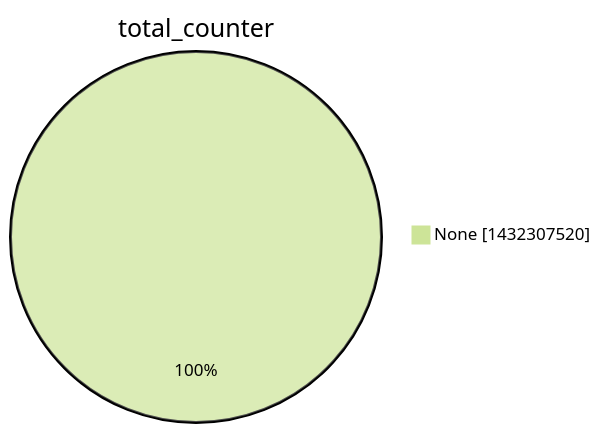
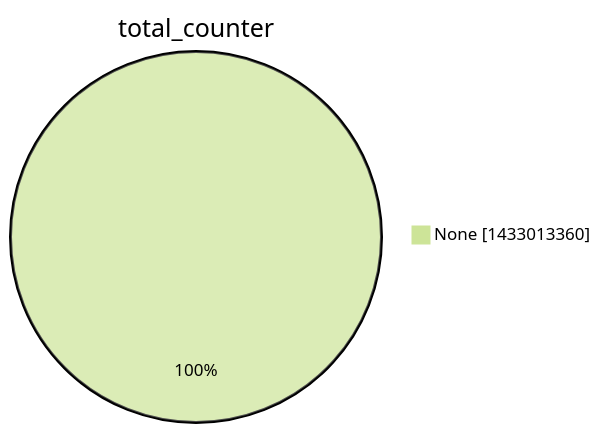
One commit to christiankrug/ctmonitor_visualization changed the second of 15 diagrams in argon2022/README.md. Above: the diagram before and after it, drawn with Mermaid (forest theme). The commit also changed other lines of this file, not shown here.

````diff
--- a/argon2022/README.md
+++ b/argon2022/README.md
@@ -9,5 +9,5 @@
 ```mermaid
 pie showData
 title total_counter
-"None" :1432307520
+"None" :1433013360
 ```
````
